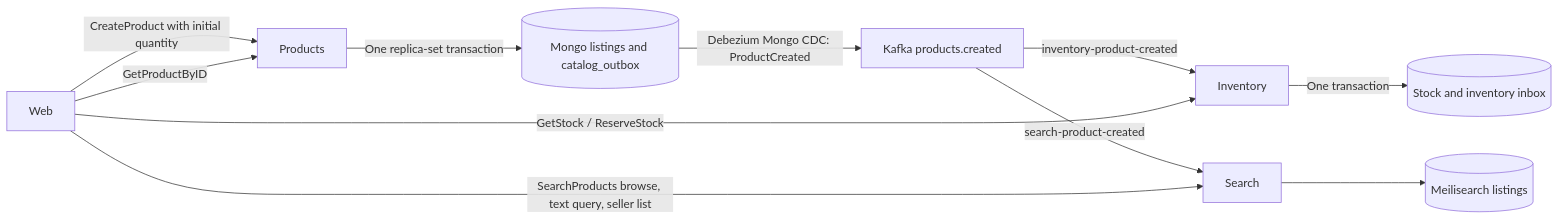
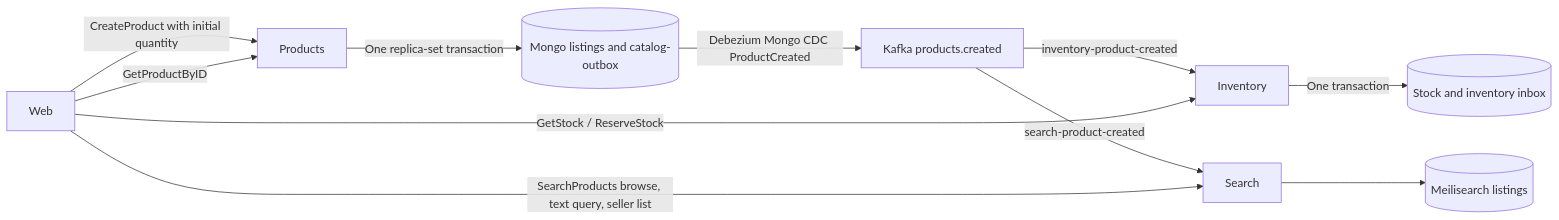
Before and after one commit to phuchoang2603/refurbished-marketplace: the first of 3 diagrams in docs/catalog-inventory-search.md, drawn with Mermaid. The commit also changed other lines of this file and 16 other files, not shown here.

````diff
--- a/docs/catalog-inventory-search.md
+++ b/docs/catalog-inventory-search.md
@@ -21,13 +21,21 @@
 ```mermaid
 flowchart LR
-  W[Web] -->|CreateProduct with initial quantity| P[Products]
-  P -->|One replica-set transaction| C[(Mongo listings and catalog_outbox)]
-  C -->|Debezium Mongo CDC: ProductCreated| K[Kafka products.created]
-  K -->|inventory-product-created| I[Inventory]
-  I -->|One transaction| L[(Stock and inventory inbox)]
-  K -->|search-product-created| S[Search]
-  S --> M[(Meilisearch listings)]
-  W -->|SearchProducts browse, text query, seller list| S
-  W -->|GetProductByID| P
-  W -->|GetStock / ReserveStock| I
+  W["Web"]
+  P["Products"]
+  C[("Mongo listings and catalog-outbox")]
+  K["Kafka products.created"]
+  I["Inventory"]
+  L[("Stock and inventory inbox")]
+  S["Search"]
+  M[("Meilisearch listings")]
+  W -->|"CreateProduct with initial quantity"| P
+  P -->|"One replica-set transaction"| C
+  C -->|"Debezium Mongo CDC ProductCreated"| K
+  K -->|"inventory-product-created"| I
+  I -->|"One transaction"| L
+  K -->|"search-product-created"| S
+  S --> M
+  W -->|"SearchProducts browse, text query, seller list"| S
+  W -->|"GetProductByID"| P
+  W -->|"GetStock / ReserveStock"| I
 ```
````
